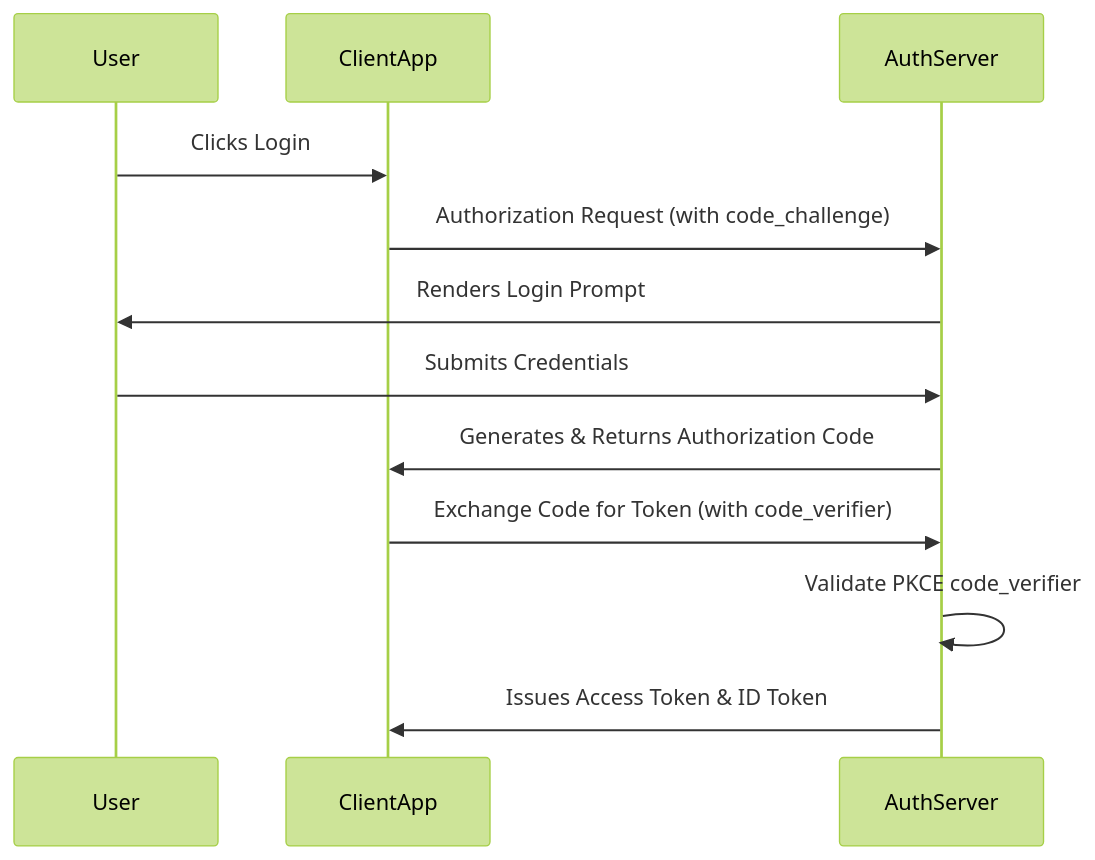
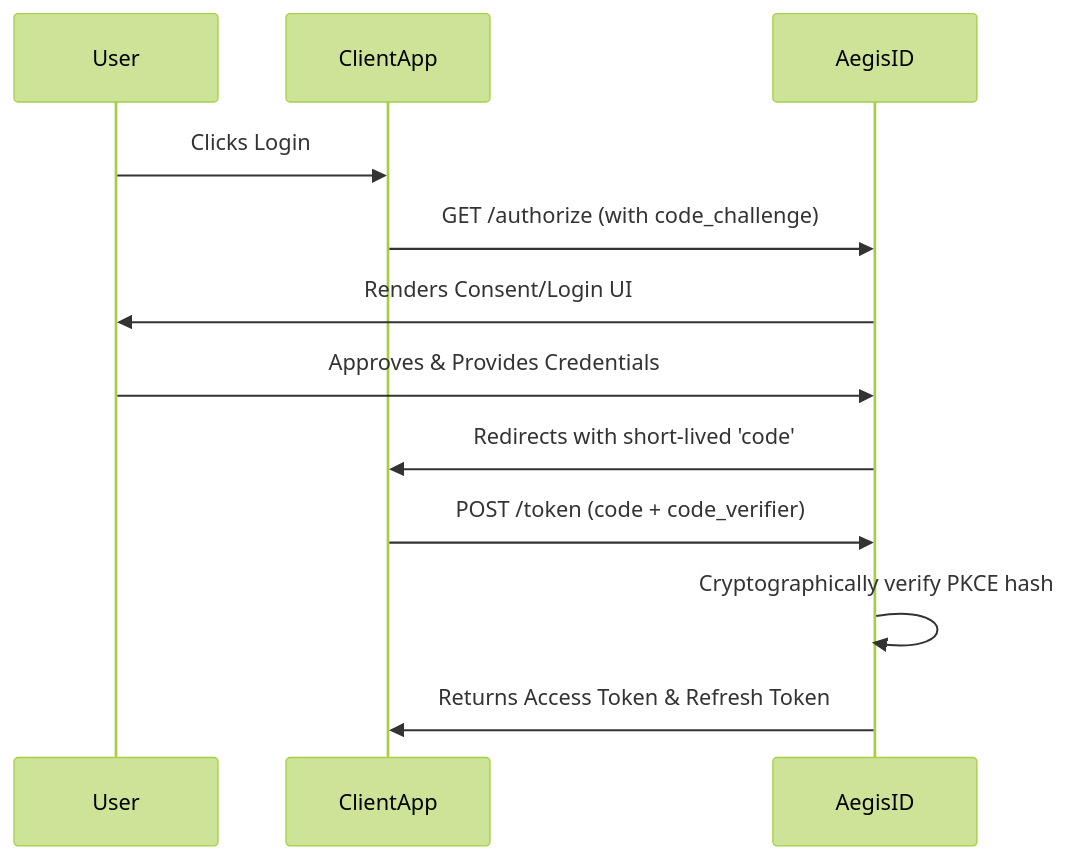
The third of 7 diagrams in README.md (ayushsinghh0/just-doing-some-todo), drawn with Mermaid (forest theme) before and after one commit. The commit also changed other lines of this file, not shown here.

````diff
--- a/README.md
+++ b/README.md
@@ -153,15 +146,15 @@
 ```mermaid
 sequenceDiagram
     participant User
     participant ClientApp
-    participant AuthServer
+    participant AegisID
     
     User->>ClientApp: Clicks Login
-    ClientApp->>AuthServer: Authorization Request (with code_challenge)
-    AuthServer->>User: Renders Login Prompt
-    User->>AuthServer: Submits Credentials
-    AuthServer->>ClientApp: Generates & Returns Authorization Code
-    ClientApp->>AuthServer: Exchange Code for Token (with code_verifier)
-    AuthServer->>AuthServer: Validate PKCE code_verifier
-    AuthServer->>ClientApp: Issues Access Token & ID Token
+    ClientApp->>AegisID: GET /authorize (with code_challenge)
+    AegisID->>User: Renders Consent/Login UI
+    User->>AegisID: Approves & Provides Credentials
+    AegisID->>ClientApp: Redirects with short-lived 'code'
+    ClientApp->>AegisID: POST /token (code + code_verifier)
+    AegisID->>AegisID: Cryptographically verify PKCE hash
+    AegisID->>ClientApp: Returns Access Token & Refresh Token
 ```
````
